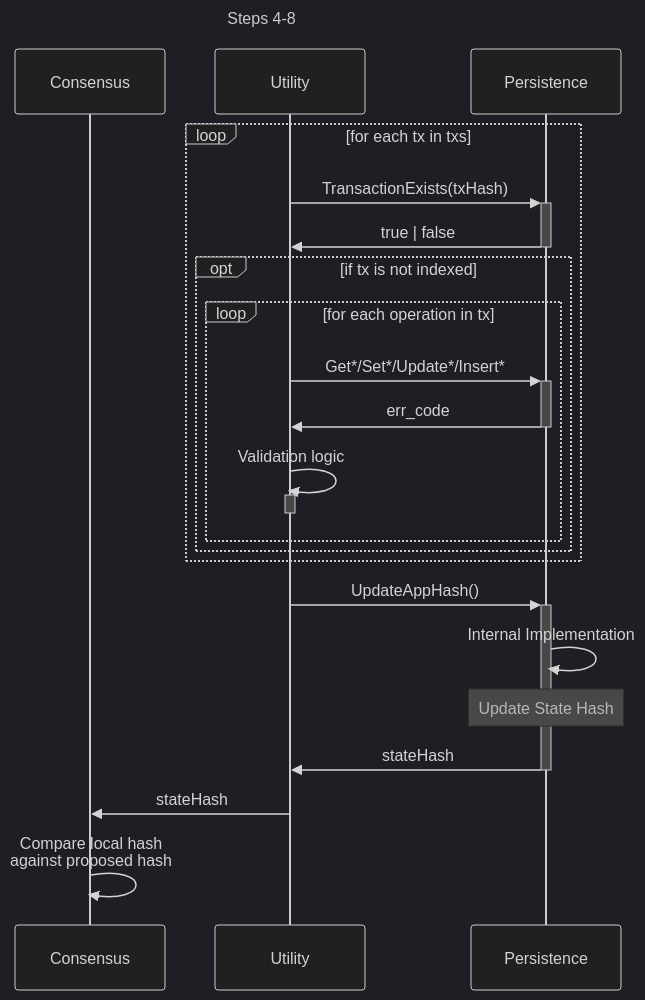
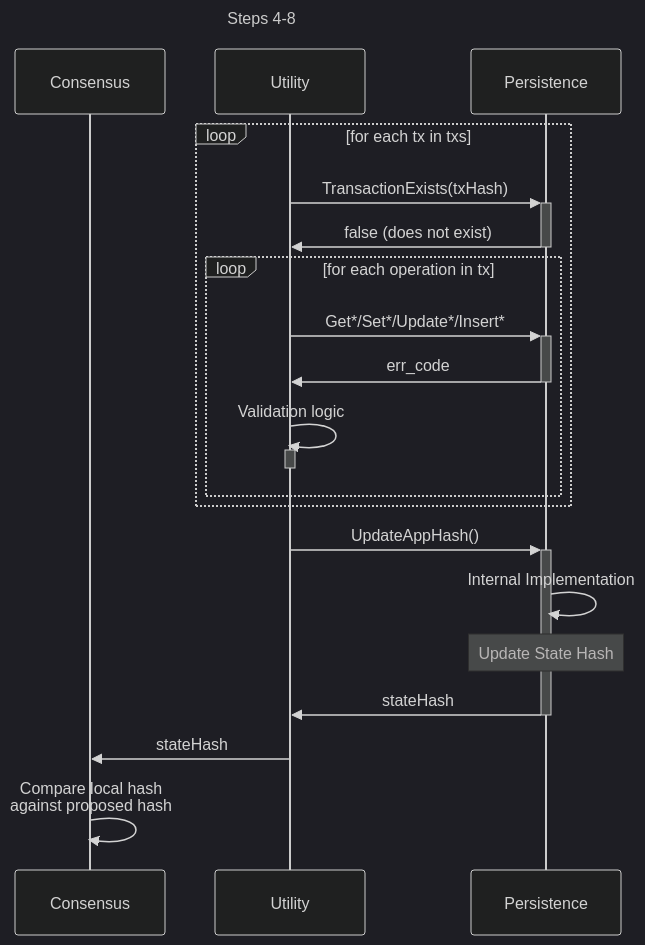
Before and after one commit to pokt-network/pocket: the fifth of 5 diagrams in shared/docs/PROTOCOL_STATE_HASH.md, drawn with Mermaid (dark theme). The commit also changed 2 other files, not shown here.

Commit message:
Replace true | false with just false to simplify diagram

````diff
--- a/shared/docs/PROTOCOL_STATE_HASH.md
+++ b/shared/docs/PROTOCOL_STATE_HASH.md
@@ -148,30 +148,28 @@
 ```mermaid
 sequenceDiagram
     title Steps 4-8
     participant C as Consensus
     participant U as Utility
     participant P as Persistence
 
     loop for each tx in txs
         U->>+P: TransactionExists(txHash)
-        P->>-U: true | false
-        opt if tx is not indexed
-            loop for each operation in tx
-                U->>+P: Get*/Set*/Update*/Insert*
-                P->>-U: err_code
-                U->>U: Validation logic
-                activate U
-                deactivate U
-            end
+        P->>-U: false (does not exist)
+        loop for each operation in tx
+            U->>+P: Get*/Set*/Update*/Insert*
+            P->>-U: err_code
+            U->>U: Validation logic
+            activate U
+            deactivate U
         end
     end
     %% TODO: Consolidate AppHash and StateHash
     U->>+P: UpdateAppHash()
     P->>P: Internal Implementation
     Note over P: Update State Hash
     P->>-U: stateHash
     U->>C: stateHash
 
     %% Validate the updated hash
     C->>C: Compare local hash<br>against proposed hash
 ```
````
